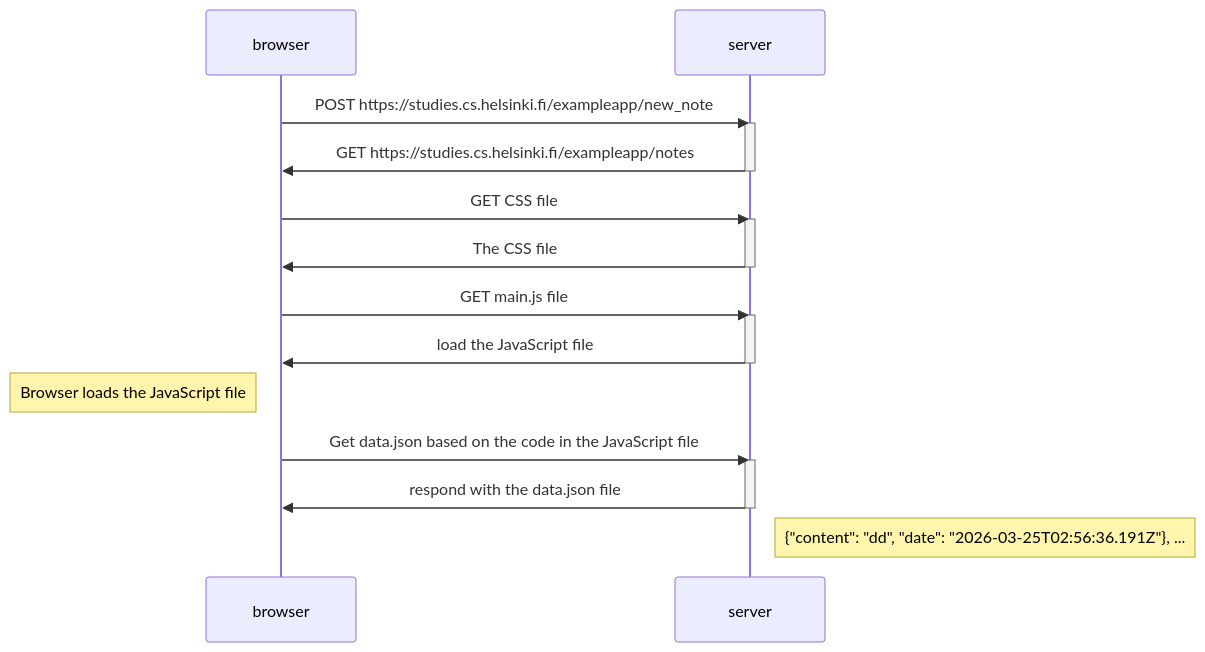
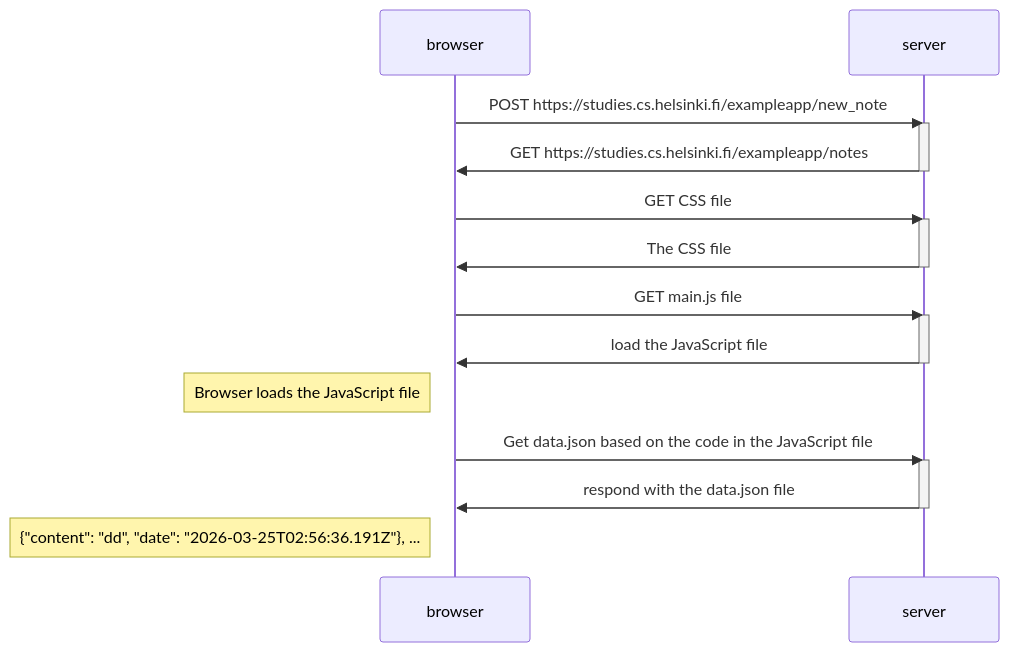
The diagram in 0.4: New note diagram.MD (monaanvari/FullStackOpen), drawn with Mermaid before and after one commit.

Commit message:
Update note diagram to change note position

````diff
--- a/0.4: New note diagram.MD
+++ b/0.4: New note diagram.MD
@@ -1,30 +1,30 @@
 ```mermaid
 sequenceDiagram
 participant browser
 participant server
 
 browser ->> server : POST https://studies.cs.helsinki.fi/exampleapp/new_note
 activate server
 server ->> browser : GET https://studies.cs.helsinki.fi/exampleapp/notes
 deactivate server
 
 browser ->> server: GET CSS file 
 activate server
 server ->> browser: The CSS file 
 deactivate server
 
 browser ->> server: GET main.js file 
 activate server
 server ->> browser: load the JavaScript file 
 deactivate server
 
 Note left of browser: Browser loads the JavaScript file 
 
 browser ->> server: Get data.json based on the code in the JavaScript file 
 activate server
 server ->> browser: respond with the data.json file
 deactivate server
-Note right of server: {"content": "dd", "date": "2026-03-25T02:56:36.191Z"}, ... 
+Note left of browser: {"content": "dd", "date": "2026-03-25T02:56:36.191Z"}, ... 
 
 
 ```
````
